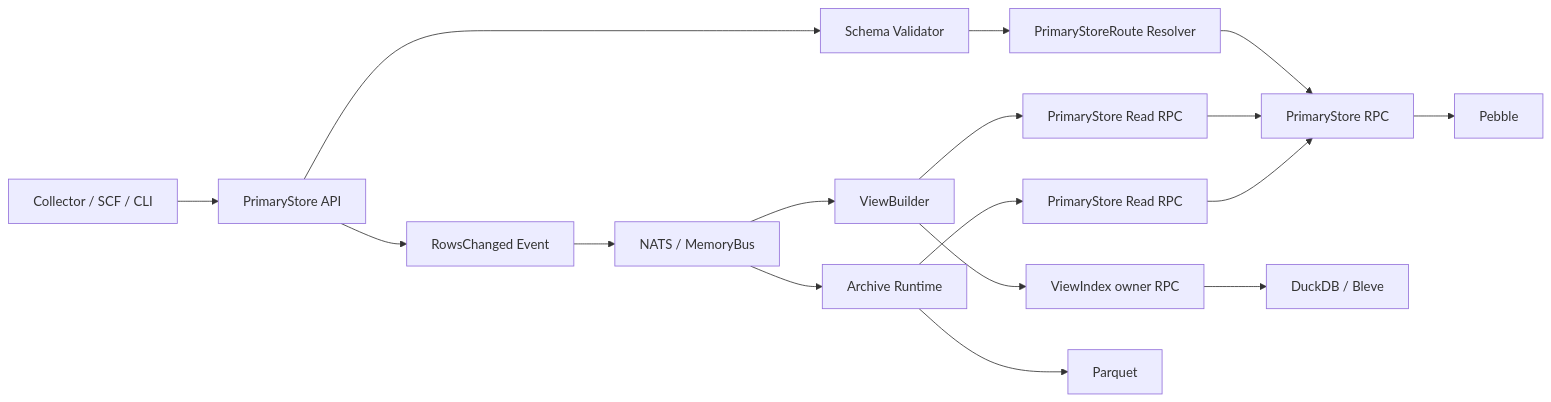
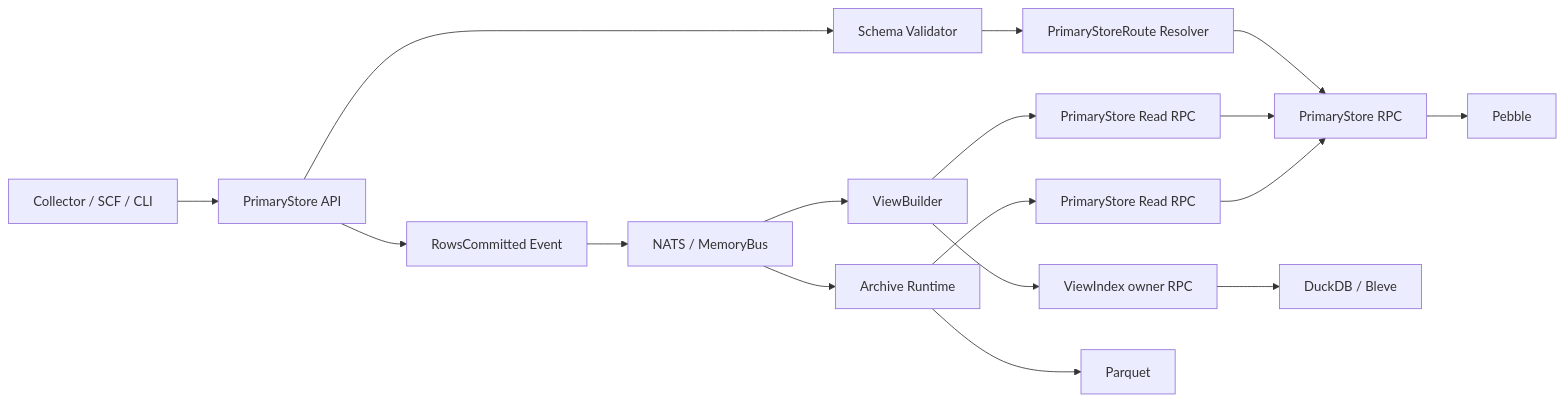
One commit to mooyang-code/moox changed the diagram in docs/存储服务架构与部署.md. Above: the diagram before and after it, drawn with Mermaid. The commit also changed other lines of this file and 382 other files, not shown here.

````diff
--- a/docs/存储服务架构与部署.md
+++ b/docs/存储服务架构与部署.md
@@ -65,19 +57,19 @@
 ```mermaid
 flowchart LR
     C["Collector / SCF / CLI"] --> A["PrimaryStore API"]
     A --> V["Schema Validator"]
     V --> R["PrimaryStoreRoute Resolver"]
     R --> P["PrimaryStore RPC"]
     P --> PB["Pebble"]
-    A --> E["RowsChanged Event"]
+    A --> E["RowsCommitted Event"]
     E --> N["NATS / MemoryBus"]
     N --> VB["ViewBuilder"]
     N --> AR["Archive Runtime"]
     VB --> A2["PrimaryStore Read RPC"]
     A2 --> P
     VB --> VI["ViewIndex owner RPC"]
     VI --> D["DuckDB / Bleve"]
     AR --> A3["PrimaryStore Read RPC"]
     A3 --> P
     AR --> PQ["Parquet"]
 ```
````
